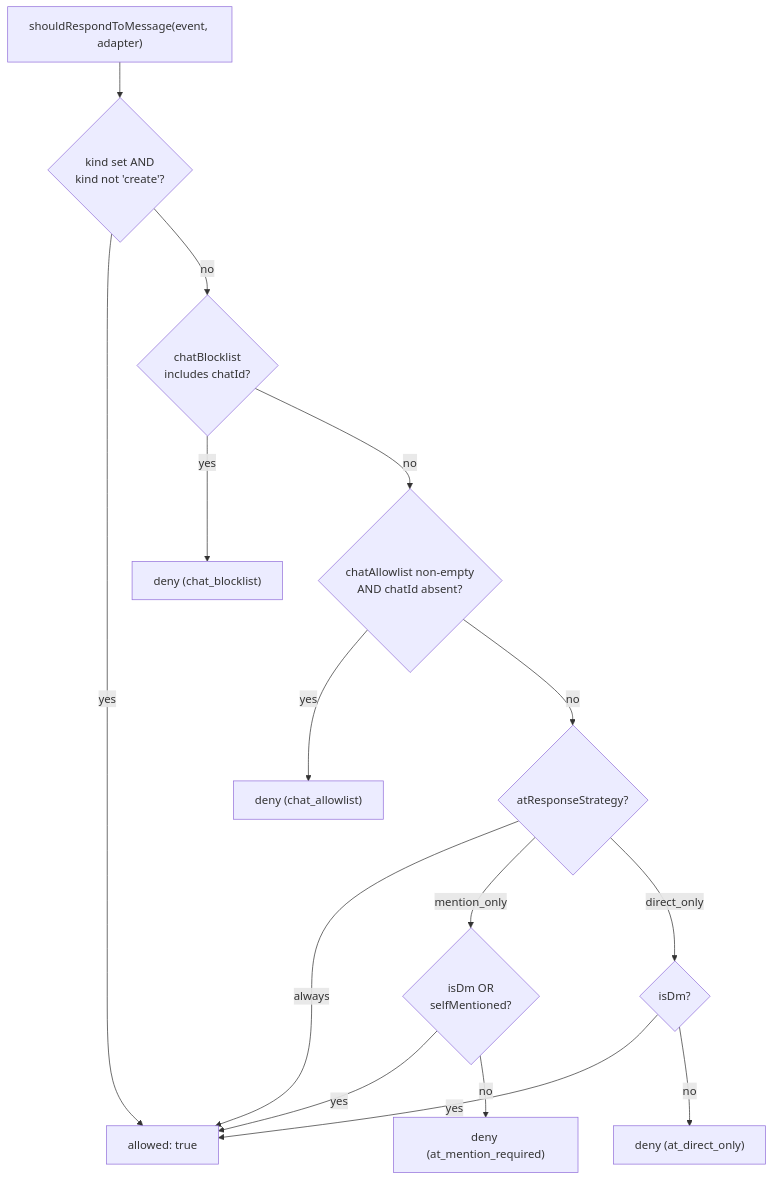
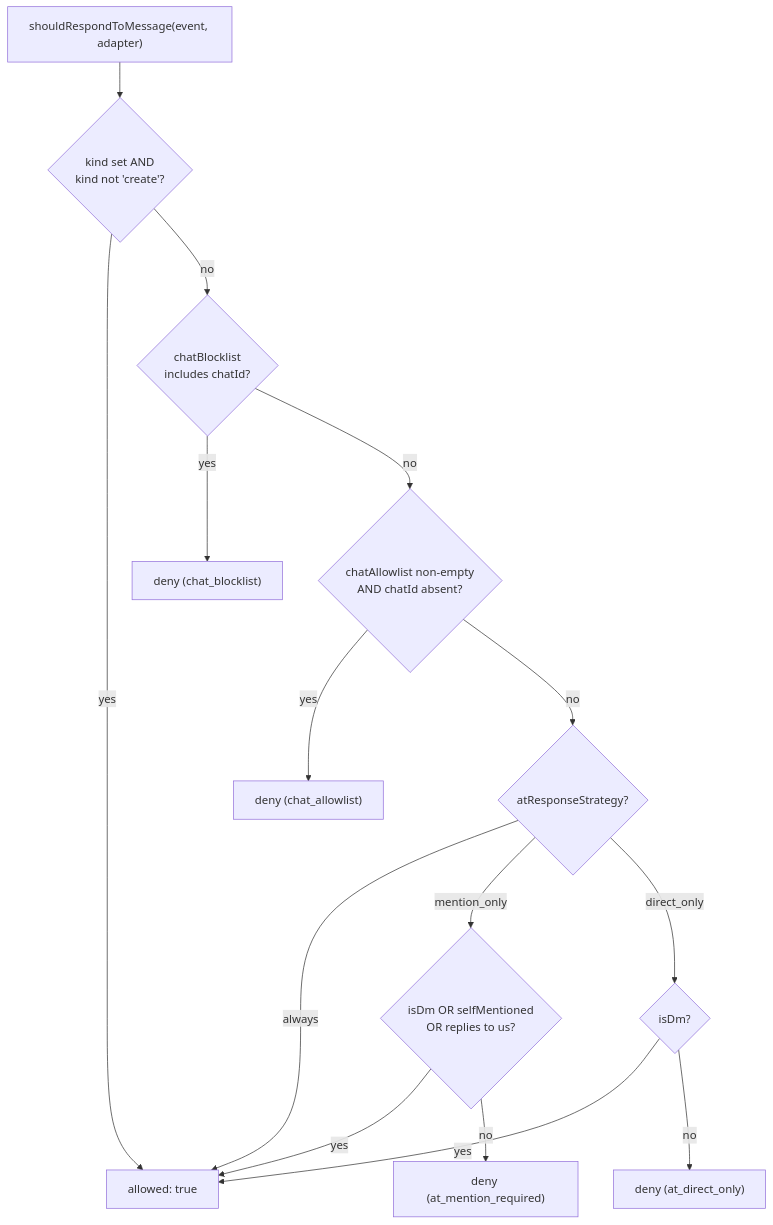
Before and after one commit to MaxQian888/cognia-next: the first of 3 diagrams in docs/content/docs/en/subsystems/platform-connectors/inbound-gating.mdx, drawn with Mermaid. The commit also changed other lines of this file and 33 other files, not shown here.

````diff
--- a/docs/content/docs/en/subsystems/platform-connectors/inbound-gating.mdx
+++ b/docs/content/docs/en/subsystems/platform-connectors/inbound-gating.mdx
@@ -57,17 +57,17 @@
 ```mermaid
 flowchart TD
   A["shouldRespondToMessage(event, adapter)"] --> B{"kind set AND<br/>kind not 'create'?"}
   B -->|yes| ALLOW["allowed: true"]
   B -->|no| C{"chatBlocklist<br/>includes chatId?"}
   C -->|yes| D["deny (chat_blocklist)"]
   C -->|no| E{"chatAllowlist non-empty<br/>AND chatId absent?"}
   E -->|yes| F["deny (chat_allowlist)"]
   E -->|no| G{"atResponseStrategy?"}
   G -->|always| ALLOW
-  G -->|"mention_only"| H{"isDm OR<br/>selfMentioned?"}
+  G -->|"mention_only"| H{"isDm OR selfMentioned<br/>OR replies to us?"}
   H -->|yes| ALLOW
   H -->|no| I["deny (at_mention_required)"]
   G -->|"direct_only"| J{"isDm?"}
   J -->|yes| ALLOW
   J -->|no| K["deny (at_direct_only)"]
 ```
````
